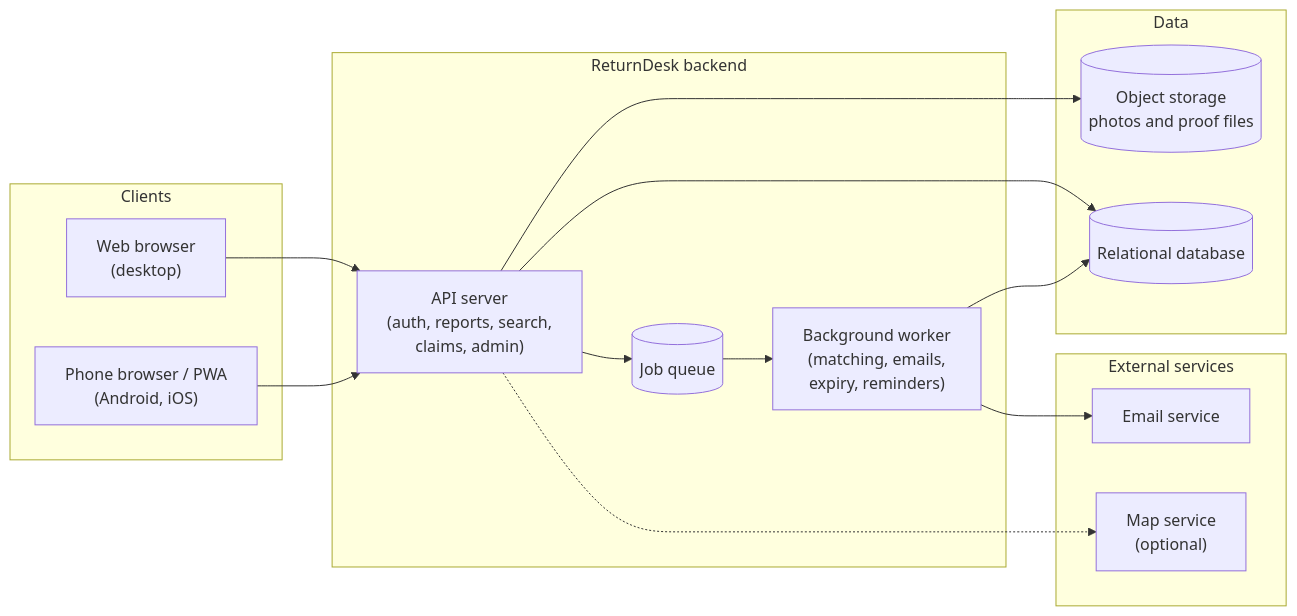
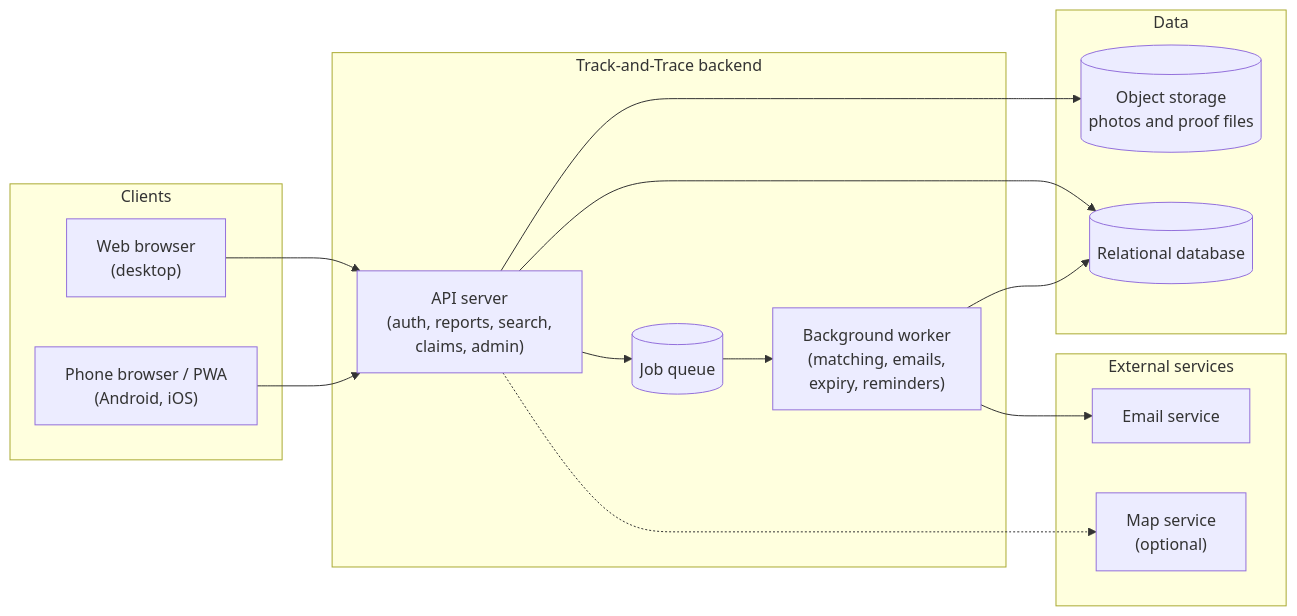
The first of 8 diagrams in docs/system-design.md (l3n8n-ocd/track-and-trace), drawn with Mermaid before and after one commit. The commit also changed other lines of this file and 34 other files, not shown here.

First line of the commit message:
Rename the system from ReturnDesk to Track-and-Trace

````diff
--- a/docs/system-design.md
+++ b/docs/system-design.md
@@ -169,33 +169,33 @@
 ```mermaid
 flowchart LR
     subgraph Clients
         W["Web browser<br/>(desktop)"]
         M["Phone browser / PWA<br/>(Android, iOS)"]
     end
 
-    subgraph ReturnDesk["ReturnDesk backend"]
+    subgraph Track-and-Trace["Track-and-Trace backend"]
         API["API server<br/>(auth, reports, search,<br/>claims, admin)"]
         WK["Background worker<br/>(matching, emails,<br/>expiry, reminders)"]
         Q[("Job queue")]
     end
 
     subgraph Data["Data"]
         DB[("Relational database")]
         FS[("Object storage<br/>photos and proof files")]
     end
 
     subgraph External["External services"]
         MAIL["Email service"]
         MAP["Map service<br/>(optional)"]
     end
 
     W --> API
     M --> API
     API --> FS
     API --> DB
     API --> Q
     Q --> WK
     WK --> DB
     WK --> MAIL
     API -.-> MAP
 ```
````
